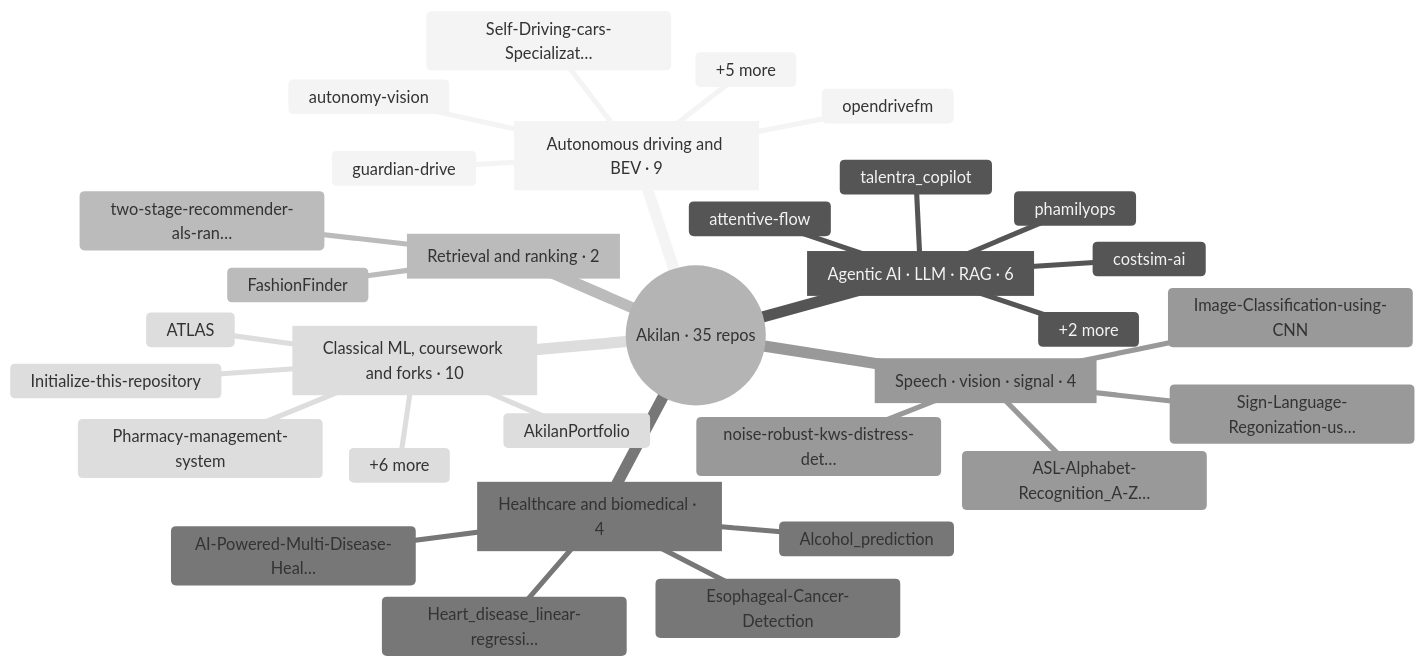
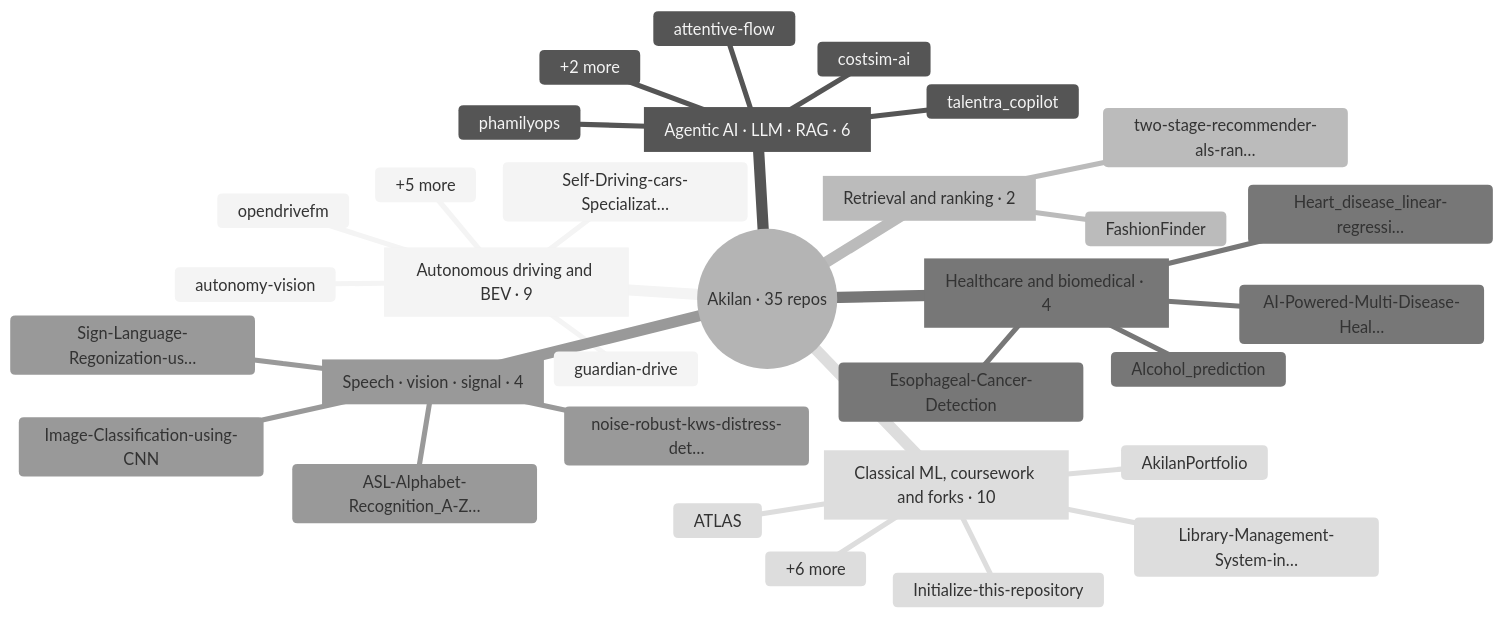
Before and after one commit to AkilanManivannanak/AkilanManivannanak: the diagram in README.md, drawn with Mermaid (neutral theme). The commit also changed other lines of this file and 12 other files, not shown here.

````diff
--- a/README.md
+++ b/README.md
@@ -96,35 +96,35 @@
 ```mermaid
 mindmap
   root((Akilan · 35 repos))
     av[Autonomous driving and BEV · 9]
       opendrivefm
       guardian-drive
       Self-Driving-cars-Specializat…
       autonomy-vision
       +5 more
     agentic[Agentic AI · LLM · RAG · 6]
       talentra_copilot
       costsim-ai
+      attentive-flow
       phamilyops
-      attentive-flow
       +2 more
     rank[Retrieval and ranking · 2]
       two-stage-recommender-als-ran…
       FashionFinder
     health[Healthcare and biomedical · 4]
       Esophageal-Cancer-Detection
       AI-Powered-Multi-Disease-Heal…
       Alcohol_prediction
       Heart_disease_linear-regressi…
     signal[Speech · vision · signal · 4]
       noise-robust-kws-distress-det…
       Sign-Language-Regonization-us…
       ASL-Alphabet-Recognition_A-Z…
       Image-Classification-using-CNN
     archive[Classical ML, coursework and forks · 10]
       AkilanPortfolio
       ATLAS
       Initialize-this-repository
-      Pharmacy-management-system
+      Library-Management-System-in…
       +6 more
 ```
````
